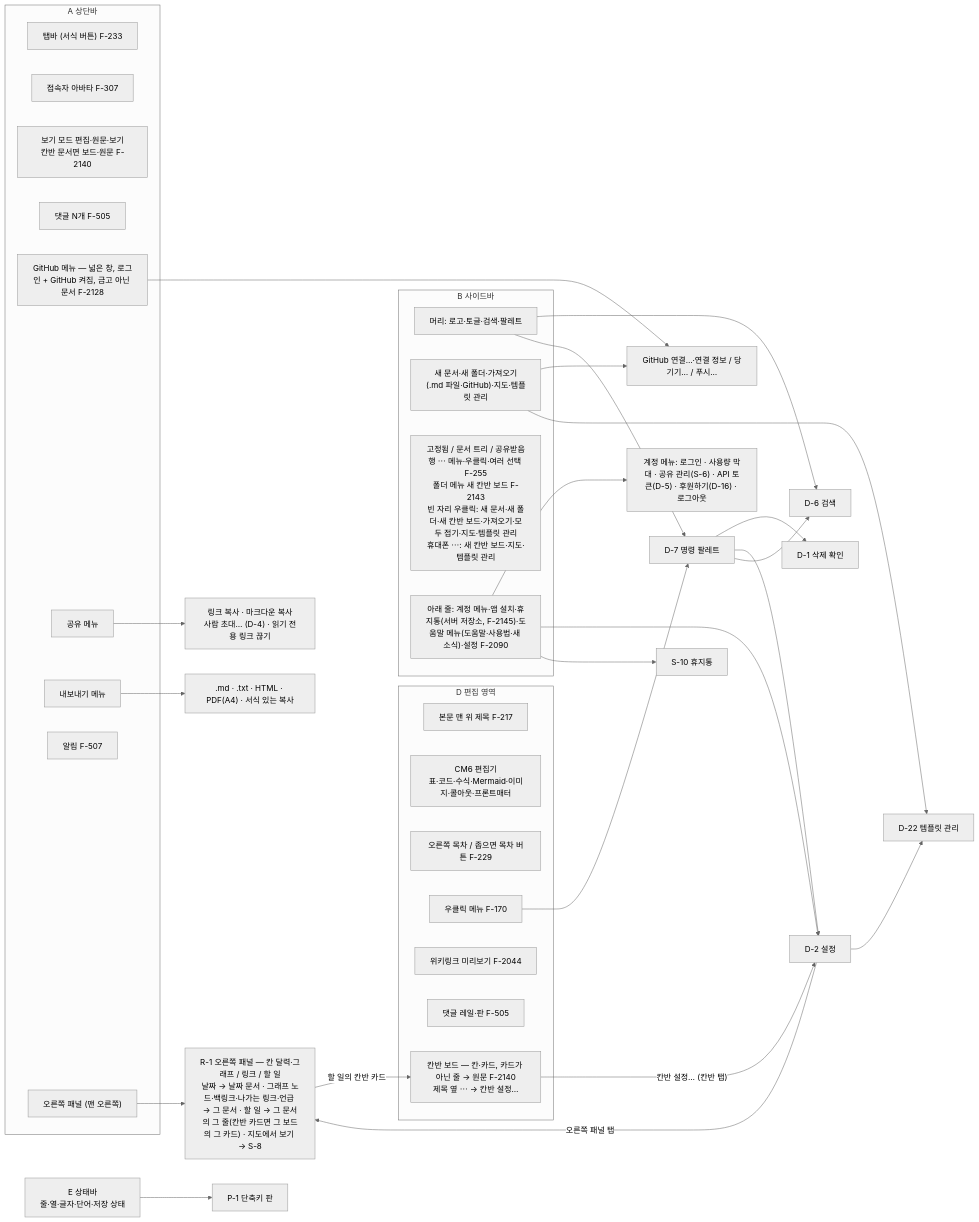
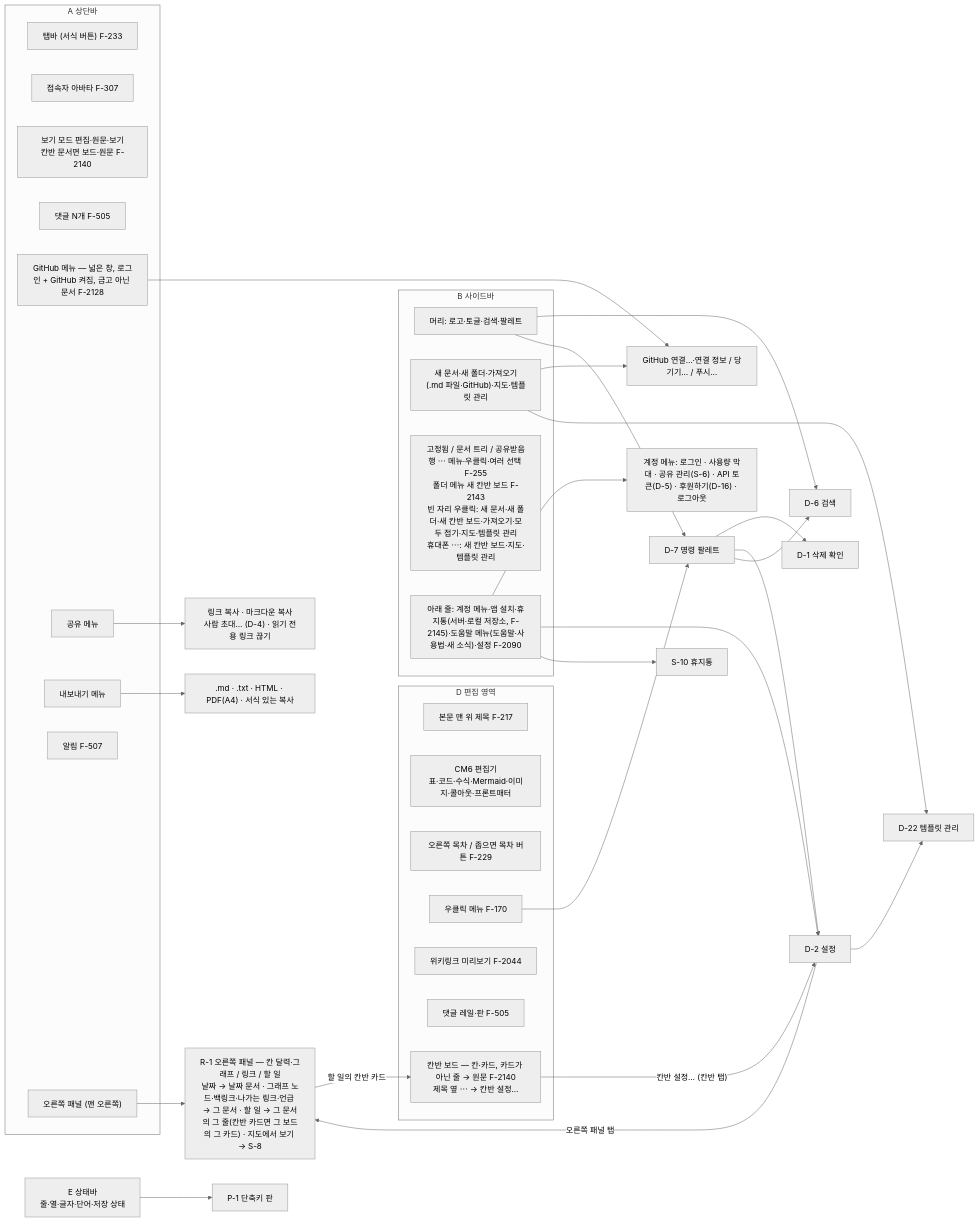
The third of 5 diagrams in specs/map.md (R00neyj/rawdoc), drawn with Mermaid (neutral theme) before and after one commit. The commit also changed other lines of this file and 33 other files, not shown here.

````diff
--- a/specs/map.md
+++ b/specs/map.md
@@ -78,51 +78,51 @@
 ```mermaid
 flowchart LR
   subgraph A["A 상단바"]
     A1["탭바 (서식 버튼) F-233"]
     A2["접속자 아바타 F-307"]
     A3["보기 모드 편집·원문·보기<br/>칸반 문서면 보드·원문 F-2140"]
     A4["댓글 N개 F-505"]
     A5["GitHub 메뉴 — 넓은 창, 로그인 + GitHub 켜짐, 금고 아닌 문서 F-2128"]
     A6["공유 메뉴"]
     A7["내보내기 메뉴"]
     A8["알림 F-507"]
     A9["오른쪽 패널 (맨 오른쪽)"]
   end
   subgraph B["B 사이드바"]
     B1["머리: 로고·토글·검색·팔레트"]
     B2["새 문서·새 폴더·가져오기(.md 파일·GitHub)·지도·템플릿 관리"]
     B3["고정됨 / 문서 트리 / 공유받음<br/>행 ⋯ 메뉴·우클릭·여러 선택 F-255<br/>폴더 메뉴 새 칸반 보드 F-2143<br/>빈 자리 우클릭: 새 문서·새 폴더·새 칸반 보드·가져오기·모두 접기·지도·템플릿 관리<br/>휴대폰 ⋯: 새 칸반 보드·지도·템플릿 관리"]
-    B4["아래 줄: 계정 메뉴·앱 설치·휴지통(서버 저장소, F-2145)·도움말 메뉴(도움말·사용법·새 소식)·설정 F-2090"]
+    B4["아래 줄: 계정 메뉴·앱 설치·휴지통(서버·로컬 저장소, F-2145)·도움말 메뉴(도움말·사용법·새 소식)·설정 F-2090"]
   end
   subgraph D["D 편집 영역"]
     D1["본문 맨 위 제목 F-217"]
     D2["CM6 편집기<br/>표·코드·수식·Mermaid·이미지·콜아웃·프론트매터"]
     D3["오른쪽 목차 / 좁으면 목차 버튼 F-229"]
     D4["우클릭 메뉴 F-170"]
     D5["위키링크 미리보기 F-2044"]
     D6["댓글 레일·판 F-505"]
     D7["칸반 보드 — 칸·카드, 카드가 아닌 줄 → 원문 F-2140<br/>제목 옆 ⋯ → 칸반 설정…"]
   end
   E["E 상태바<br/>줄·열·글자·단어·저장 상태"]
 
   A6 --> share["링크 복사 · 마크다운 복사<br/>사람 초대… (D-4) · 읽기 전용 링크 끊기"]
   A7 --> export[".md · .txt · HTML · PDF(A4) · 서식 있는 복사"]
   B4 --> account["계정 메뉴: 로그인 · 사용량 막대 · 공유 관리(S-6) · API 토큰(D-5) · 후원하기(D-16) · 로그아웃"]
   A5 --> ghdlg["GitHub 연결…·연결 정보 / 당기기… / 푸시…"]
   B2 --> ghdlg
   B1 --> D6dlg["D-6 검색"]
   B1 --> D7dlg["D-7 명령 팔레트"]
   B4 --> D2dlg["D-2 설정"]
   B4 --> S10t["S-10 휴지통"]
   B2 --> D22dlg["D-22 템플릿 관리"]
   D2dlg --> D22dlg
   D4 --> D7dlg
   D7dlg --> D1dlg["D-1 삭제 확인"]
   D7dlg --> D2dlg
   D7dlg --> D6dlg
   E --> P1["P-1 단축키 판"]
   A9 --> R1["R-1 오른쪽 패널 — 칸 달력·그래프 / 링크 / 할 일<br/>날짜 → 날짜 문서 · 그래프 노드·백링크·나가는 링크·언급 → 그 문서 · 할 일 → 그 문서의 그 줄(칸반 카드면 그 보드의 그 카드) · 지도에서 보기 → S-8"]
   D2dlg -- "오른쪽 패널 탭" --> R1
   D7 -- "칸반 설정… (칸반 탭)" --> D2dlg
   R1 -- "할 일의 칸반 카드" --> D7
 ```
````
